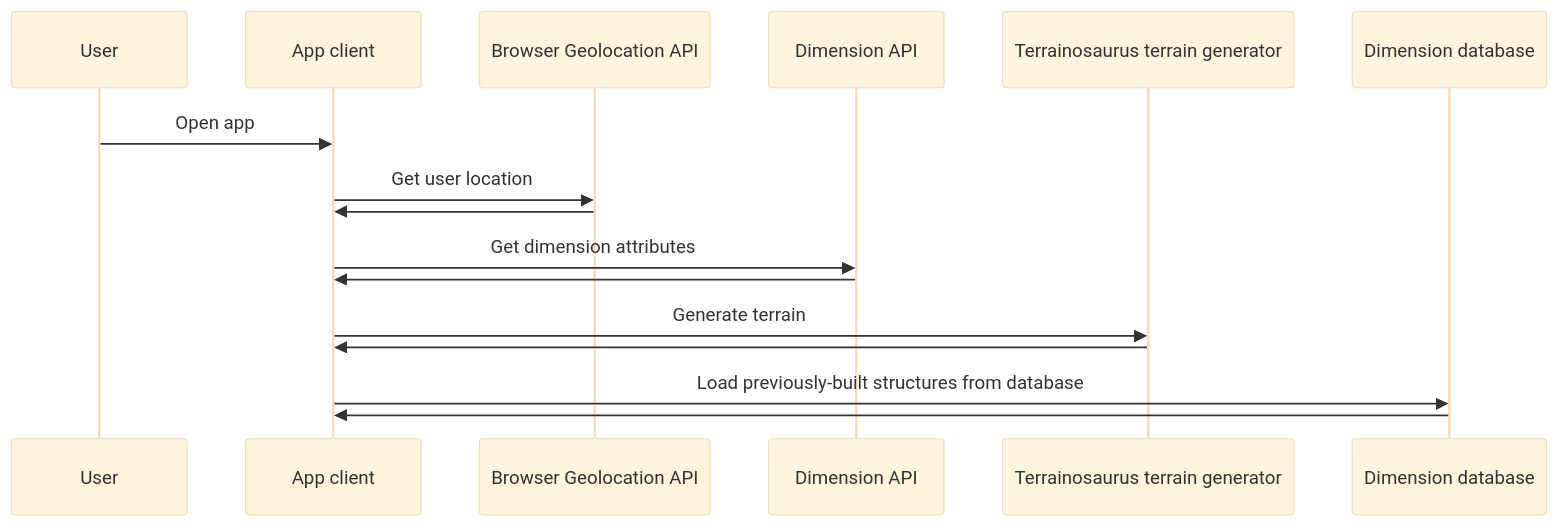
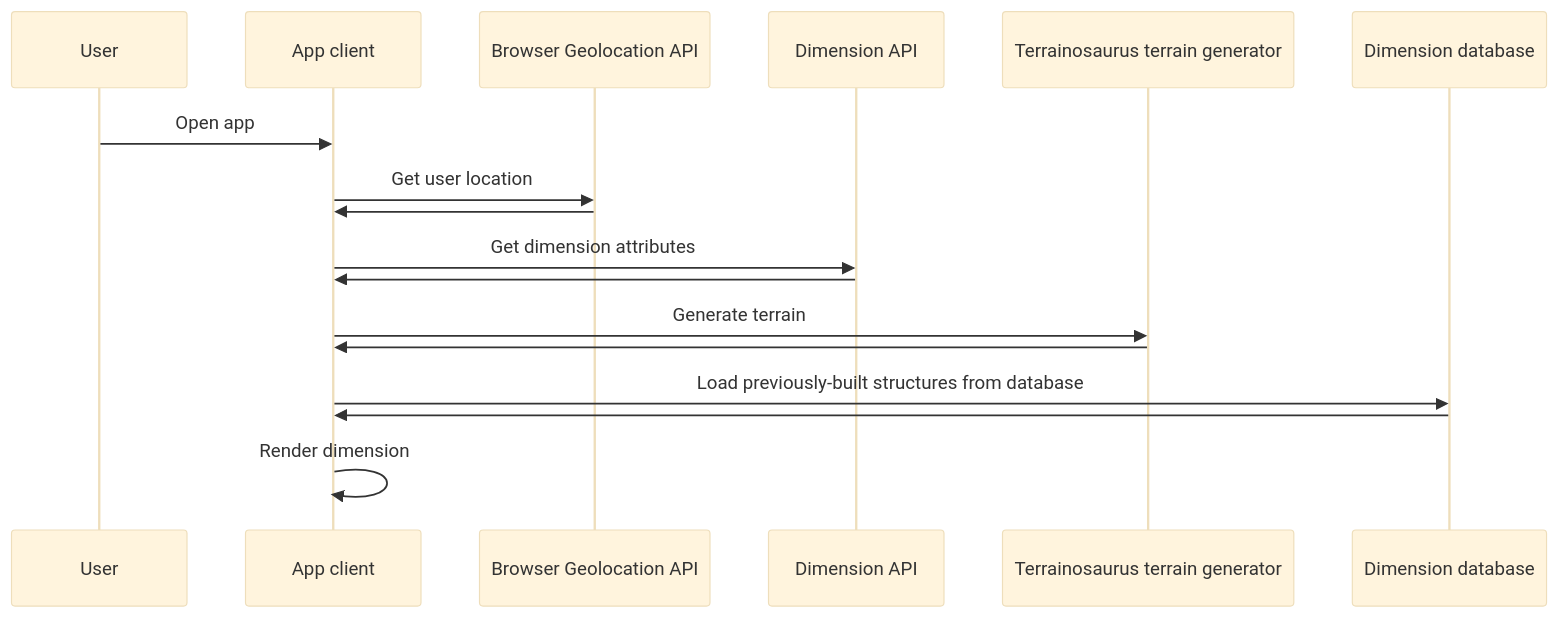
The first of 4 diagrams in docs/documentation_src.md (ScryVR/pocketdimension-docs), drawn with Mermaid (base theme) before and after one commit. The commit also changed other lines of this file and 1 other file, not shown here.

Commit message:
Improve styles and fix invalid diagrams

````diff
--- a/docs/documentation_src.md
+++ b/docs/documentation_src.md
@@ -41,19 +39,20 @@
 ```mermaid
 sequenceDiagram
   participant user as User
   participant client as App client
   participant gps as Browser Geolocation API
   participant did_api as Dimension API
   participant terr as Terrainosaurus terrain generator
   participant db as Dimension database
 
   user->>client: Open app
   client->>gps: Get user location
     gps->>client: 
   client->>did_api: Get dimension attributes
     did_api->>client: 
   client->>terr: Generate terrain
     terr->>client: 
   client->>db: Load previously-built structures from database
     db->>client: 
+  client->>client: Render dimension
 ```
````
